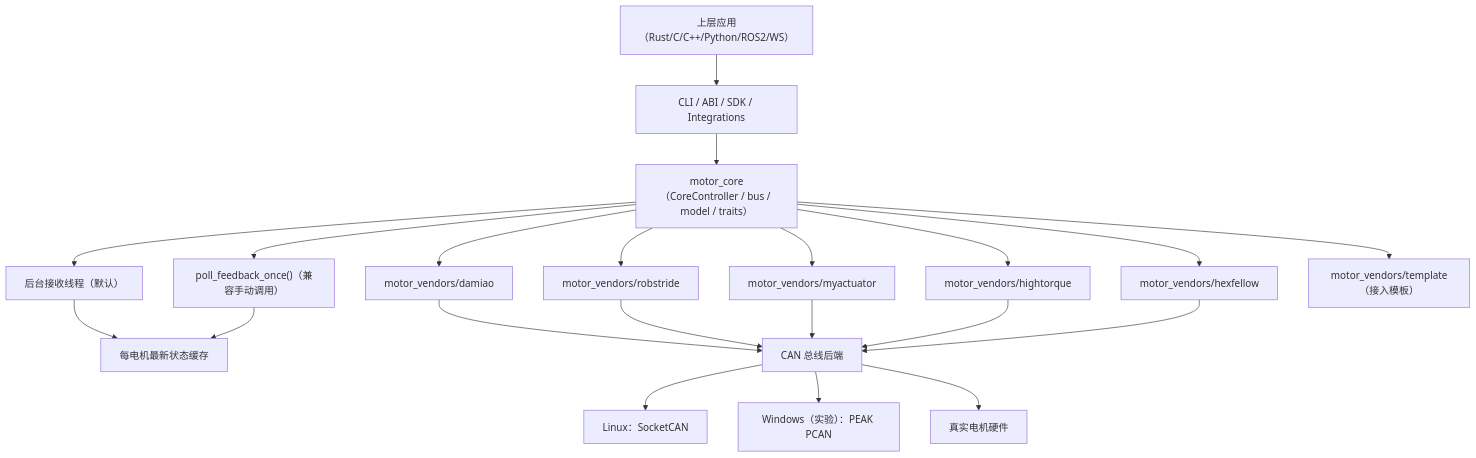
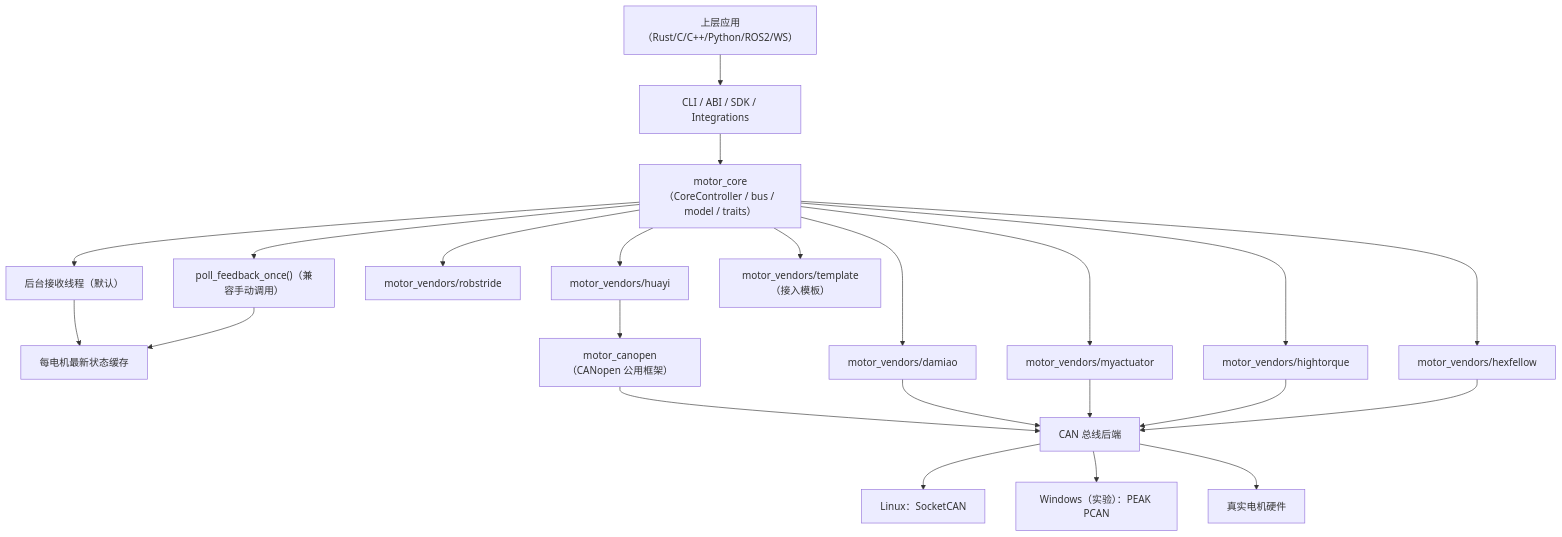
One commit to motorbridge/motorbridge changed the first of 3 diagrams in README.zh-CN.md. Above: the diagram before and after it, drawn with Mermaid. The commit also changed other lines of this file and 104 other files, not shown here.

First line of the commit message:
feat(huayi): add Huayi CANopen joint driver end-to-end

````diff
--- a/README.zh-CN.md
+++ b/README.zh-CN.md
@@ -150,23 +161,25 @@
 ```mermaid
 flowchart TB
   APP["上层应用（Rust/C/C++/Python/ROS2/WS）"] --> SURFACE["CLI / ABI / SDK / Integrations"]
   SURFACE --> CORE["motor_core（CoreController / bus / model / traits）"]
   CORE --> RX["后台接收线程（默认）"]
   CORE --> MANUAL["poll_feedback_once()（兼容手动调用）"]
   RX --> CACHE["每电机最新状态缓存"]
   MANUAL --> CACHE
   CORE --> DAMIAO["motor_vendors/damiao"]
   CORE --> ROBSTRIDE["motor_vendors/robstride"]
   CORE --> MYACT["motor_vendors/myactuator"]
   CORE --> HIGHTORQUE["motor_vendors/hightorque"]
   CORE --> HEXFELLOW["motor_vendors/hexfellow"]
+  CORE --> HUAYI["motor_vendors/huayi"]
   CORE --> TEMPLATE["motor_vendors/template（接入模板）"]
-  DAMIAO --> CAN["CAN 总线后端"]
-  ROBSTRIDE --> CAN
+  HUAYI --> CANOPEN["motor_canopen（CANopen 公用框架）"]
+  CANOPEN --> CAN["CAN 总线后端"]
+  DAMIAO --> CAN
   MYACT --> CAN
   HIGHTORQUE --> CAN
   HEXFELLOW --> CAN
   CAN --> LNX["Linux：SocketCAN"]
   CAN --> WIN["Windows（实验）：PEAK PCAN"]
   CAN --> HW["真实电机硬件"]
 ```
````
